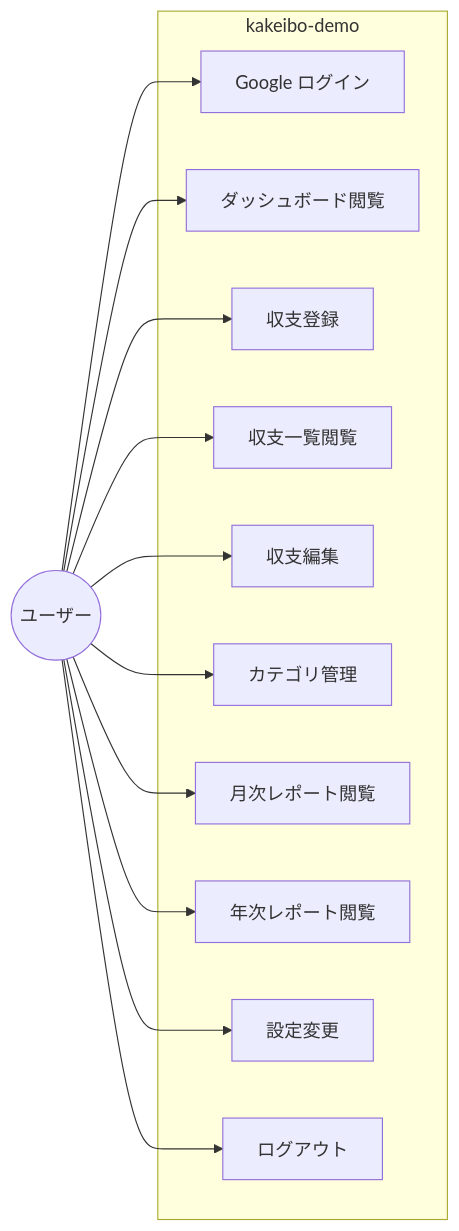
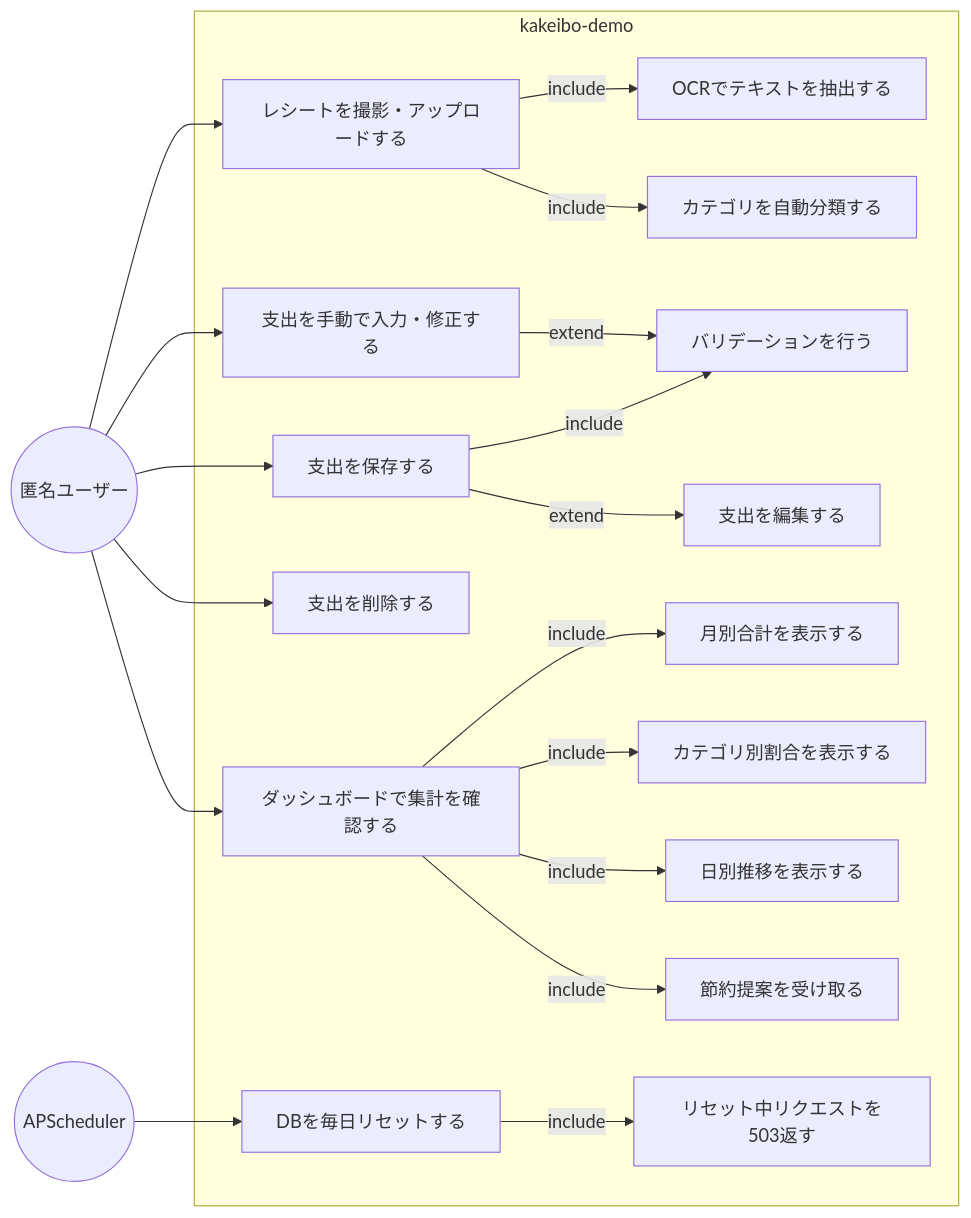
One commit to rictaworks/kakeibo-demo changed the diagram in SPEC/diagrams/usecase.md. Above: the diagram before and after it, drawn with Mermaid. The commit also changed 10 other files, not shown here.

````diff
--- a/SPEC/diagrams/usecase.md
+++ b/SPEC/diagrams/usecase.md
@@ -5,28 +5,40 @@
 ```mermaid
 graph LR
-    User((ユーザー))
+    User((匿名ユーザー))
+    Scheduler((APScheduler))
 
     subgraph kakeibo-demo
-        UC1[Google ログイン]
-        UC2[ダッシュボード閲覧]
-        UC3[収支登録]
-        UC4[収支一覧閲覧]
-        UC5[収支編集]
-        UC6[カテゴリ管理]
-        UC7[月次レポート閲覧]
-        UC8[年次レポート閲覧]
-        UC9[設定変更]
-        UC10[ログアウト]
+        UC1[レシートを撮影・アップロードする]
+        UC2[OCRでテキストを抽出する]
+        UC3[カテゴリを自動分類する]
+        UC4[支出を手動で入力・修正する]
+        UC5[バリデーションを行う]
+        UC6[支出を保存する]
+        UC7[支出を編集する]
+        UC8[支出を削除する]
+        UC9[ダッシュボードで集計を確認する]
+        UC10[月別合計を表示する]
+        UC11[カテゴリ別割合を表示する]
+        UC12[日別推移を表示する]
+        UC13[節約提案を受け取る]
+        UC14[DBを毎日リセットする]
+        UC15[リセット中リクエストを503返す]
     end
 
     User --> UC1
-    User --> UC2
-    User --> UC3
+    UC1 -->|include| UC2
+    UC1 -->|include| UC3
     User --> UC4
-    User --> UC5
+    UC4 -->|extend| UC5
     User --> UC6
-    User --> UC7
+    UC6 -->|include| UC5
+    UC6 -->|extend| UC7
     User --> UC8
     User --> UC9
-    User --> UC10
+    UC9 -->|include| UC10
+    UC9 -->|include| UC11
+    UC9 -->|include| UC12
+    UC9 -->|include| UC13
+    Scheduler --> UC14
+    UC14 -->|include| UC15
 ```
````
